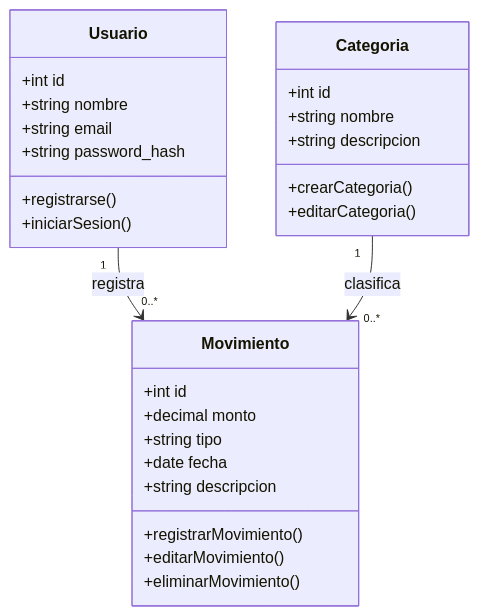
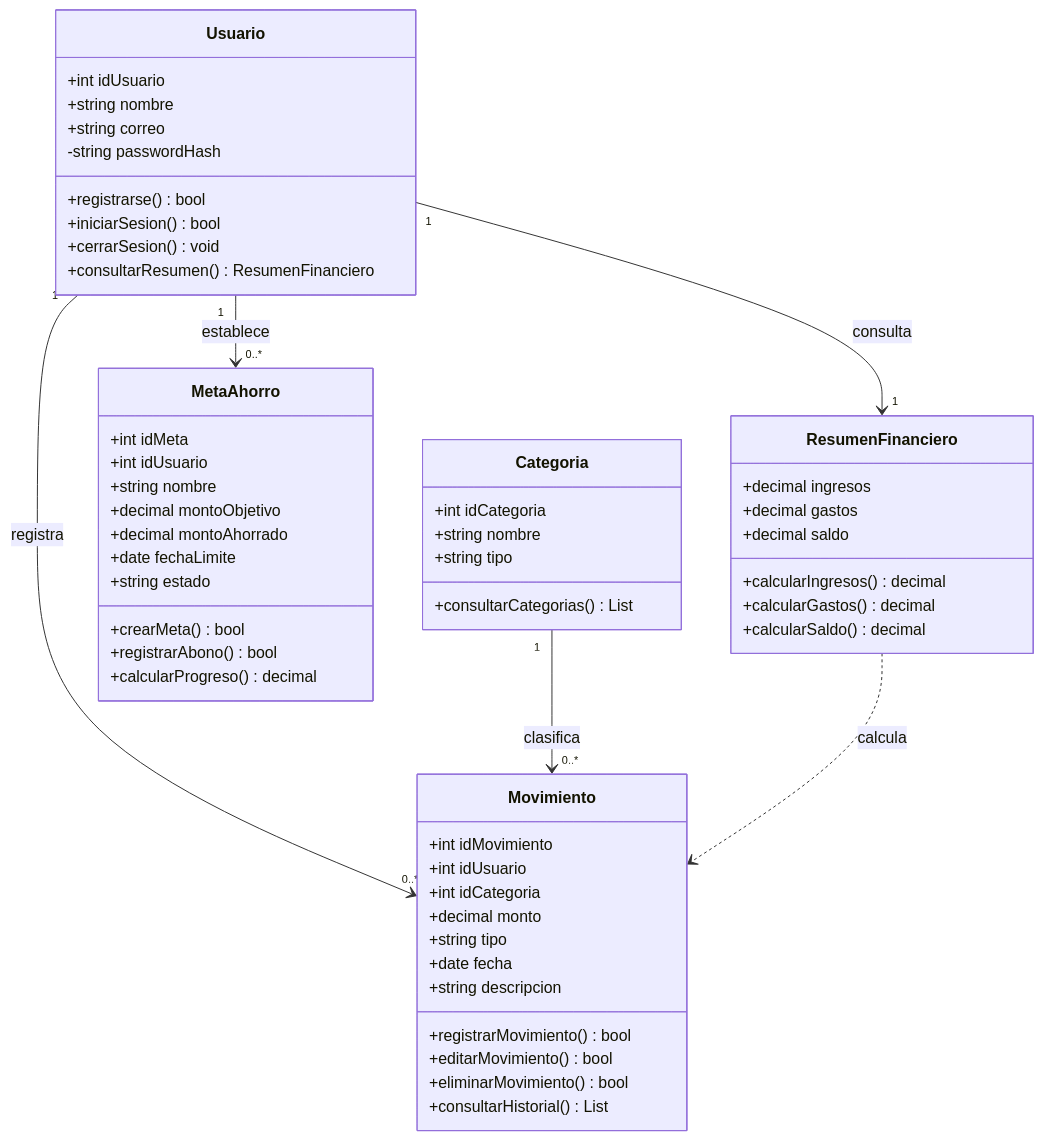
Before and after one commit to 13-quintana/proyecto_7cuatrimestre: the first of 4 diagrams in MODELADO_UML.md, drawn with Mermaid. The commit also changed other lines of this file and 5 other files, not shown here.

````diff
--- a/MODELADO_UML.md
+++ b/MODELADO_UML.md
@@ -15,33 +59,64 @@
 ```mermaid
 classDiagram
+    direction TB
+
     class Usuario {
-        +int id
+        +int idUsuario
         +string nombre
-        +string email
-        +string password_hash
-        +registrarse()
-        +iniciarSesion()
+        +string correo
+        -string passwordHash
+        +registrarse() bool
+        +iniciarSesion() bool
+        +cerrarSesion() void
+        +consultarResumen() ResumenFinanciero
     }
 
     class Categoria {
-        +int id
+        +int idCategoria
         +string nombre
-        +string descripcion
-        +crearCategoria()
-        +editarCategoria()
+        +string tipo
+        +consultarCategorias() List
     }
 
     class Movimiento {
-        +int id
+        +int idMovimiento
+        +int idUsuario
+        +int idCategoria
         +decimal monto
         +string tipo
         +date fecha
         +string descripcion
-        +registrarMovimiento()
-        +editarMovimiento()
-        +eliminarMovimiento()
+        +registrarMovimiento() bool
+        +editarMovimiento() bool
+        +eliminarMovimiento() bool
+        +consultarHistorial() List
+    }
+
+    class MetaAhorro {
+        +int idMeta
+        +int idUsuario
+        +string nombre
+        +decimal montoObjetivo
+        +decimal montoAhorrado
+        +date fechaLimite
+        +string estado
+        +crearMeta() bool
+        +registrarAbono() bool
+        +calcularProgreso() decimal
+    }
+
+    class ResumenFinanciero {
+        +decimal ingresos
+        +decimal gastos
+        +decimal saldo
+        +calcularIngresos() decimal
+        +calcularGastos() decimal
+        +calcularSaldo() decimal
     }
 
     Usuario "1" --> "0..*" Movimiento : registra
     Categoria "1" --> "0..*" Movimiento : clasifica
+    Usuario "1" --> "0..*" MetaAhorro : establece
+    Usuario "1" --> "1" ResumenFinanciero : consulta
+    ResumenFinanciero ..> Movimiento : calcula
 ```
````
